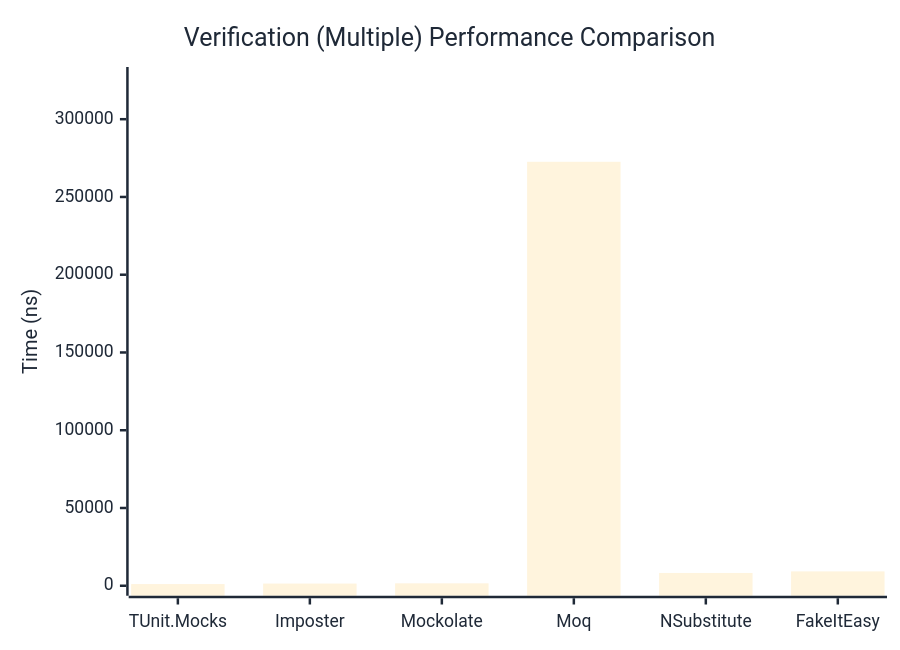
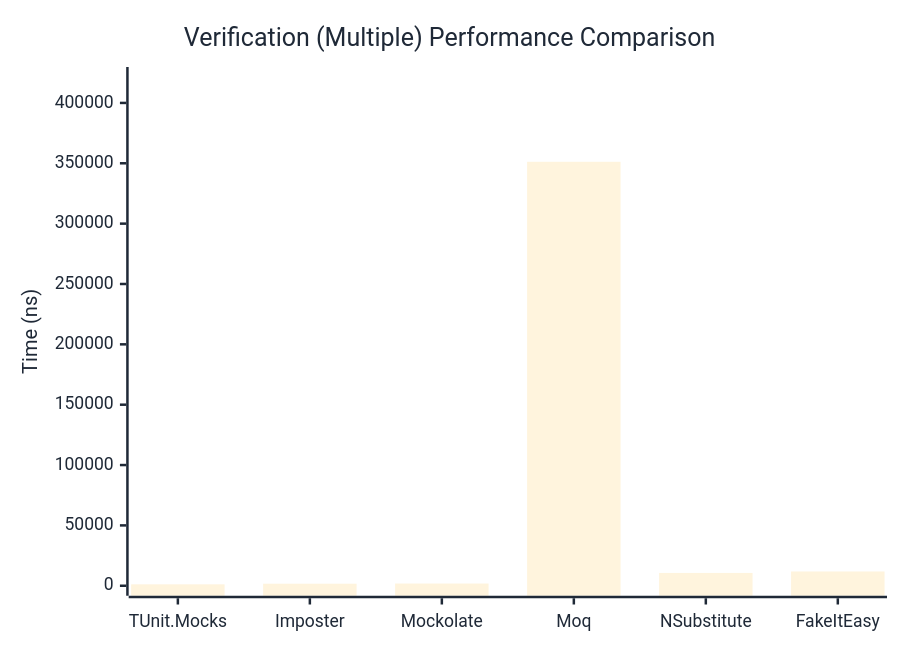
The third of 3 diagrams in docs/docs/benchmarks/mocks/Verification.md (thomhurst/TUnit), drawn with Mermaid before and after one commit. The commit also changed other lines of this file and 14 other files, not shown here.

````diff
--- a/docs/docs/benchmarks/mocks/Verification.md
+++ b/docs/docs/benchmarks/mocks/Verification.md
@@ -110,27 +110,27 @@
 ```mermaid
 %%{init: {
   'theme':'base',
   'themeVariables': {
     'primaryColor': '#2563eb',
     'primaryTextColor': '#1f2937',
     'primaryBorderColor': '#1e40af',
     'lineColor': '#6b7280',
     'secondaryColor': '#7c3aed',
     'tertiaryColor': '#dc2626',
     'background': '#ffffff',
     'pie1': '#2563eb',
     'pie2': '#7c3aed',
     'pie3': '#dc2626',
     'pie4': '#f59e0b',
     'pie5': '#10b981',
     'pie6': '#06b6d4',
     'pie7': '#ec4899',
     'pie8': '#6366f1'
   }
 }}%%
 xychart-beta
   title "Verification (Multiple) Performance Comparison"
   x-axis ["TUnit.Mocks", "Imposter", "Mockolate", "Moq", "NSubstitute", "FakeItEasy"]
-  y-axis "Time (ns)" 0 --> 327132
-  bar [1072.14, 1402.02, 1558.29, 272609.42, 8230.96, 9231.25]
+  y-axis "Time (ns)" 0 --> 421484
+  bar [1171.04, 1706.3, 1847, 351236.24, 10623.03, 11833.85]
 ```
````
